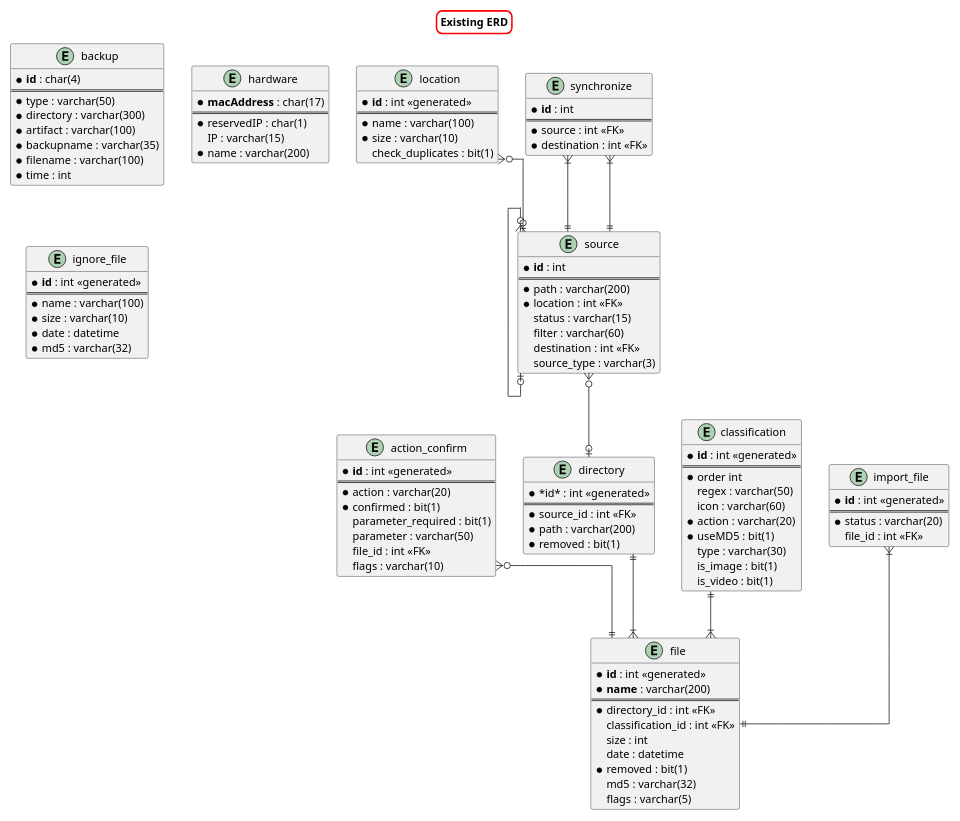
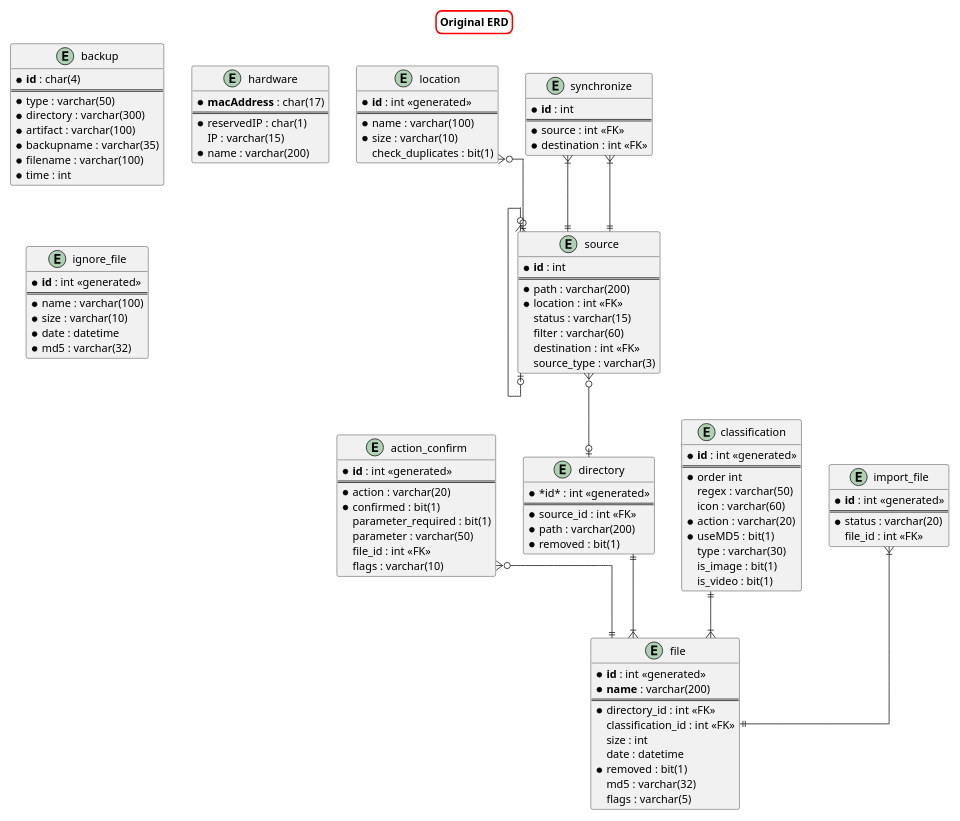
One commit to jbrmmg/Backup changed the diagram in src/main/resources/design/entity/existing.pu. Above: the diagram before and after it, drawn with PlantUML. The commit also changed 16 other files, not shown here.

```diff
--- a/src/main/resources/design/entity/existing.pu
+++ b/src/main/resources/design/entity/existing.pu
@@ -1,124 +1,124 @@
 @startuml
 skinparam titleBorderRoundCorner 15
 skinparam titleBorderThickness 2
 skinparam titleBorderColor red
-title Existing ERD
+title Original ERD
 skinparam linetype ortho
 scale 0.75
 
 entity action_confirm {
    * **id** : int <<generated>>
    ==
    * action : varchar(20)
    * confirmed : bit(1)
    parameter_required : bit(1)
    parameter : varchar(50)
    file_id : int <<FK>>
    flags : varchar(10)
 }
 
 entity file {
    * **id** : int <<generated>>
    * **name** : varchar(200)
    ==
    * directory_id : int <<FK>>
    classification_id : int <<FK>>
    size : int
    date : datetime
    * removed : bit(1)
    md5 : varchar(32)
    flags : varchar(5)
 }
 
 entity directory {
   * *id* : int <<generated>>
   ==
   * source_id : int <<FK>>
   * path : varchar(200)
   * removed : bit(1)
 }
 
 entity classification {
   * **id** : int <<generated>>
   ==
   * order int
   regex : varchar(50)
   icon : varchar(60)
   * action : varchar(20)
   * useMD5 : bit(1)
   type : varchar(30)
   is_image : bit(1)
   is_video : bit(1)
 }
 
 entity backup {
   * **id** : char(4)
   ==
   * type : varchar(50)
   * directory : varchar(300)
   * artifact : varchar(100)
   * backupname : varchar(35)
   * filename : varchar(100)
   * time : int
 }
 
 entity hardware {
   * **macAddress** : char(17)
   ==
   * reservedIP : char(1)
   IP : varchar(15)
   * name : varchar(200)
 }
 
 entity ignore_file {
   * **id** : int <<generated>>
   ==
   * name : varchar(100)
   * size : varchar(10)
   * date : datetime
   * md5 : varchar(32)
 }
 
 entity import_file {
   * **id** : int <<generated>>
   ==
   * status : varchar(20)
   file_id : int <<FK>>
 }
 
 entity location {
   * **id** : int <<generated>>
   ==
   * name : varchar(100)
   * size : varchar(10)
   check_duplicates : bit(1)
 }
 
 entity source {
   * **id** : int
   ==
   * path : varchar(200)
   * location : int <<FK>>
   status : varchar(15)
   filter : varchar(60)
   destination : int <<FK>>
   source_type : varchar(3)
 }
 
 entity synchronize {
  * **id** : int
  ==
  * source : int <<FK>>
  * destination : int <<FK>>
 }
 
 action_confirm }o--|| file
 directory ||--|{ file
 classification ||--|{ file
 import_file }|--|| file
 synchronize }|--|| source
 synchronize }|--|| source
 source }o--o| source
 location }o--o| source
 source }o--o| directory
 @enduml
```
